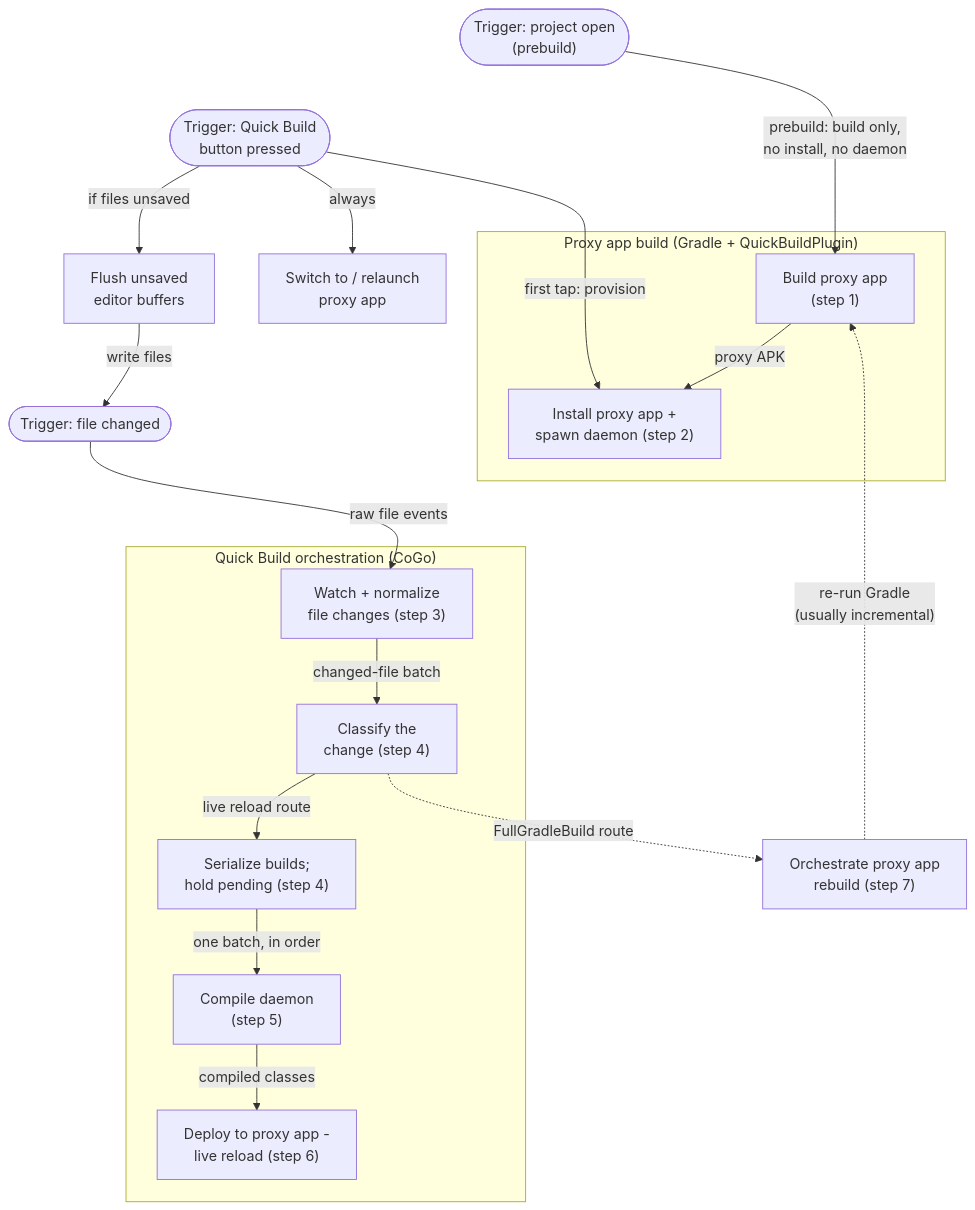
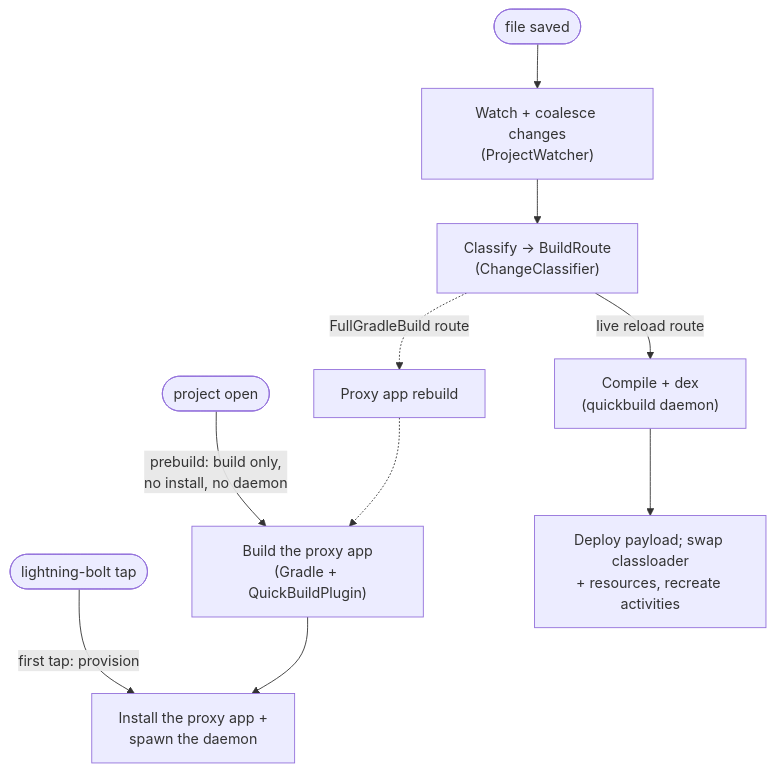
Before and after one commit to appdevforall/CodeOnTheGo: the diagram in quickbuild/core/README.md, drawn with Mermaid. The commit also changed other lines of this file and 6 other files, not shown here.

````diff
--- a/quickbuild/core/README.md
+++ b/quickbuild/core/README.md
@@ -97,45 +33,12 @@
 ```mermaid
 flowchart TB
-    %% Layout only: the three triggers are declared first and chained with
-    %% invisible edges so they hold the left column; `install ~~~ watch`
-    %% stacks the proxy app build above the orchestration container.
-    tOpen(["Trigger: project open<br/>(prebuild)"])
-    tFile(["Trigger: file changed"])
-    tTap(["Trigger: Quick Build<br/>button pressed"])
-
-    flush["Flush unsaved<br/>editor buffers"]
-    switch["Switch to / relaunch<br/>proxy app"]
-
-    subgraph gradle ["Proxy app build (Gradle + QuickBuildPlugin)"]
-        build["Build proxy app<br/>(step 1)"]
-        install["Install proxy app +<br/>spawn daemon (step 2)"]
-    end
-
-    subgraph qb ["Quick Build orchestration (CoGo)"]
-        watch["Watch + normalize<br/>file changes (step 3)"]
-        classify["Classify the<br/>change (step 4)"]
-        serialize["Serialize builds;<br/>hold pending (step 4)"]
-        daemon["Compile daemon<br/>(step 5)"]
-        deploy["Deploy to proxy app -<br/>live reload (step 6)"]
-    end
-
-    rebuild["Orchestrate proxy app<br/>rebuild (step 7)"]
-
-    tOpen -- "prebuild: build only,<br/>no install, no daemon" --> build
-    build -- "proxy APK" --> install
-    tFile -- "raw file events" --> watch
-    watch -- "changed-file batch" --> classify
-    classify -- "live reload route" --> serialize
-    serialize -- "one batch, in order" --> daemon
-    daemon -- "compiled classes" --> deploy
-    classify -. "FullGradleBuild route" .-> rebuild
-    rebuild -. "re-run Gradle<br/>(usually incremental)" .-> build
-    tTap -- "first tap: provision" --> install
-    tTap -- "if files unsaved" --> flush
-    flush -- "write files" --> tFile
-    tTap -- "always" --> switch
-
-    tOpen ~~~ tTap
-    tTap ~~~ tFile
-    install ~~~ watch
+    tOpen(["project open"]) -- "prebuild: build only,<br/>no install, no daemon" --> build["Build the proxy app<br/>(Gradle + QuickBuildPlugin)"]
+    tTap(["lightning-bolt tap"]) -- "first tap: provision" --> install["Install the proxy app +<br/>spawn the daemon"]
+    build --> install
+    tFile(["file saved"]) --> watch["Watch + coalesce changes<br/>(ProjectWatcher)"]
+    watch --> classify["Classify -> BuildRoute<br/>(ChangeClassifier)"]
+    classify -- "live reload route" --> daemon["Compile + dex<br/>(quickbuild daemon)"]
+    daemon --> deploy["Deploy payload; swap classloader<br/>+ resources, recreate activities"]
+    classify -. "FullGradleBuild route" .-> rebuild["Proxy app rebuild"]
+    rebuild -.-> build
 ```
````
